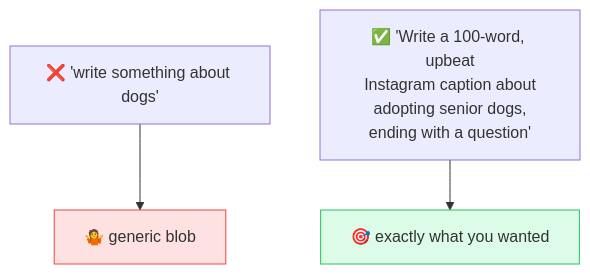
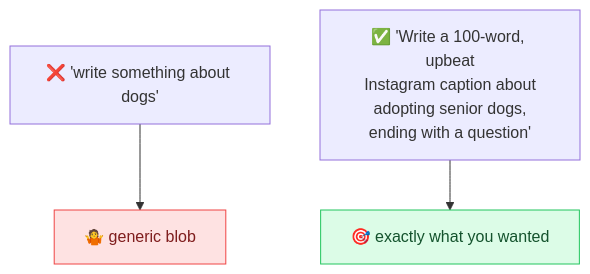
Before and after one commit to behnia137/prompt-engineering-visual: the diagram in techniques/clear-instructions.md, drawn with Mermaid. The commit also changed 24 other files, not shown here.

First line of the commit message:
Fix Mermaid: escaped-quote parse errors + dark-mode text contrast

````diff
--- a/techniques/clear-instructions.md
+++ b/techniques/clear-instructions.md
@@ -7,7 +7,7 @@
 ```mermaid
 flowchart TB
     A["❌ 'write something about dogs'"] --> B[🤷 generic blob]
     C["✅ 'Write a 100-word, upbeat<br/>Instagram caption about<br/>adopting senior dogs,<br/>ending with a question'"] --> D[🎯 exactly what you wanted]
-    style B fill:#fee2e2,stroke:#ef4444
-    style D fill:#dcfce7,stroke:#22c55e
+    style B fill:#fee2e2,stroke:#ef4444,color:#7f1d1d
+    style D fill:#dcfce7,stroke:#22c55e,color:#14532d
 ```
````
